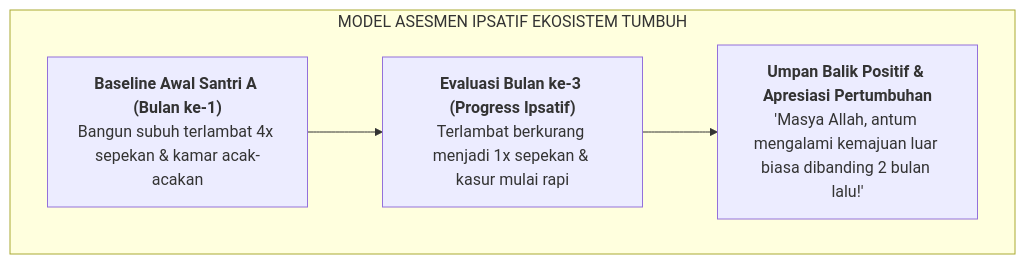
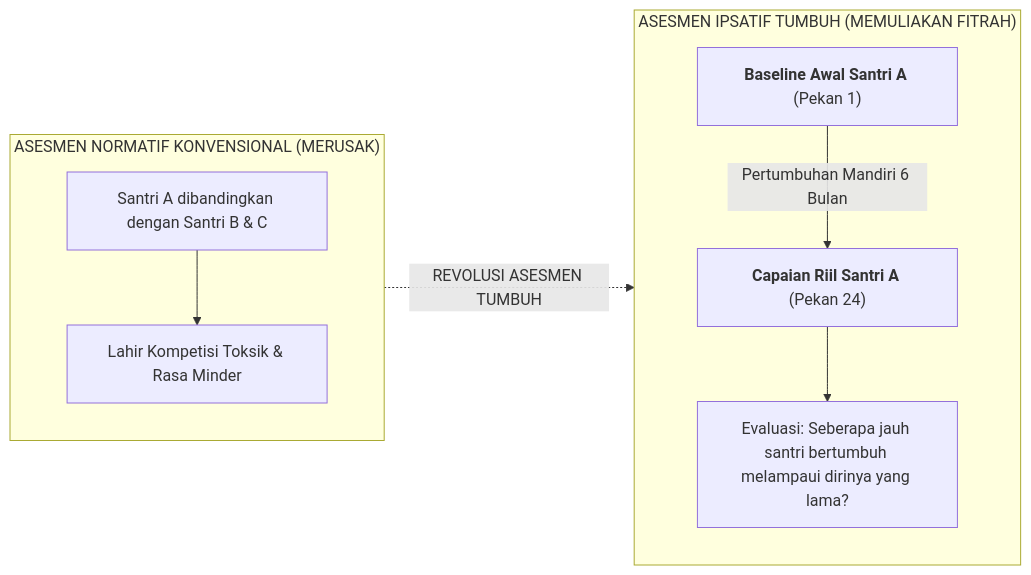
Before and after one commit to wandiapriliyandi/tumbuh: the diagram in BOOK Series 2/Volume-03-Sistem-Asesmen-Perkembangan-Karakter/Bab-01-Filosofi-Asesmen-Ipsatif/02-Prinsip-Asesmen-Ipsatif-Baseline.md, drawn with Mermaid. The commit also changed other lines of this file and 61 other files, not shown here.

````diff
--- a/BOOK Series 2/Volume-03-Sistem-Asesmen-Perkembangan-Karakter/Bab-01-Filosofi-Asesmen-Ipsatif/02-Prinsip-Asesmen-Ipsatif-Baseline.md
+++ b/BOOK Series 2/Volume-03-Sistem-Asesmen-Perkembangan-Karakter/Bab-01-Filosofi-Asesmen-Ipsatif/02-Prinsip-Asesmen-Ipsatif-Baseline.md
@@ -11,12 +13,13 @@
 ```mermaid
-flowchart TD
-    subgraph IpsativeModel["MODEL ASESMEN IPSATIF EKOSISTEM TUMBUH"]
-        B0["<b>Baseline Awal Santri A (Bulan ke-1)</b><br/>Bangun subuh terlambat 4x sepekan & kamar acak-acakan"]
-        
-        B1["<b>Evaluasi Bulan ke-3 (Progress Ipsatif)</b><br/>Terlambat berkurang menjadi 1x sepekan & kasur mulai rapi"]
-        
-        UmpanBalik["<b>Umpan Balik Positif & Apresiasi Pertumbuhan</b><br/>'Masya Allah, antum mengalami kemajuan luar biasa dibanding 2 bulan lalu!'"]
+flowchart LR
+    subgraph AsesmenTradisional["ASESMEN NORMATIF KONVENSIONAL (MERUSAK)"]
+        A1["Santri A dibandingkan dengan Santri B & C"] --> A2["Lahir Kompetisi Toksik & Rasa Minder"]
+    end
 
-        B0 --> B1 --> UmpanBalik
+    subgraph AsesmenIpsatif["ASESMEN IPSATIF TUMBUH (MEMULIAKAN FITRAH)"]
+        B1["<b>Baseline Awal Santri A</b> (Pekan 1)"] -->|Pertumbuhan Mandiri 6 Bulan| B2["<b>Capaian Riil Santri A</b> (Pekan 24)"]
+        B2 --> B3["Evaluasi: Seberapa jauh santri bertumbuh melampaui dirinya yang lama?"]
     end
+
+    AsesmenTradisional -.->|REVOLUSI ASESMEN TUMBUH| AsesmenIpsatif
 ```
````
